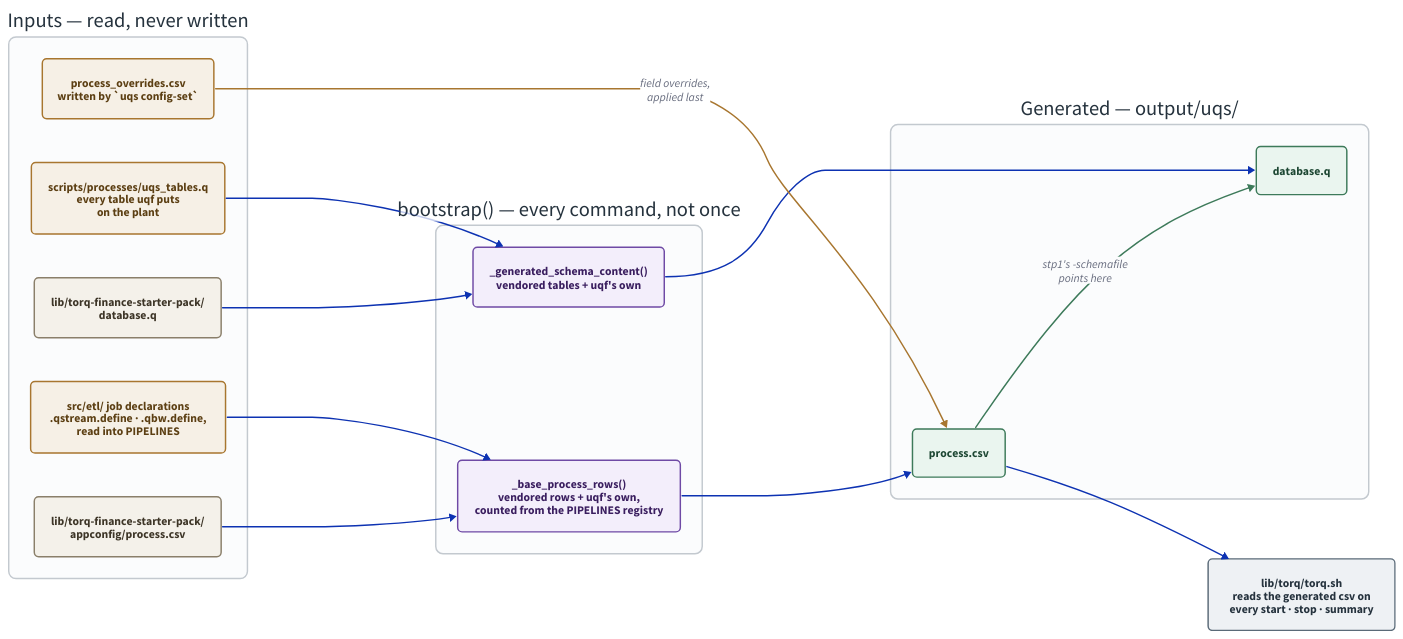
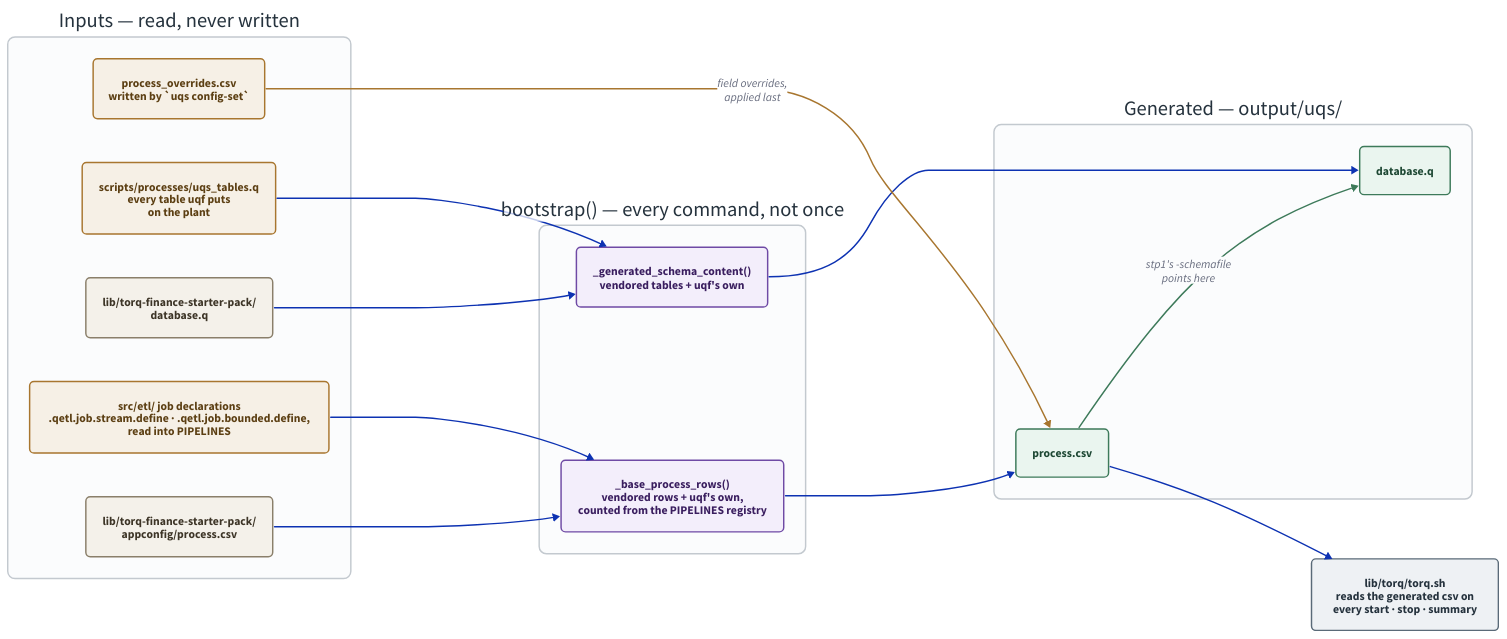
One commit to kwojdalski/uqf changed the diagram in docs/diagrams/config-generation.d2. Above: the diagram before and after it, drawn with D2. The commit also changed 234 other files, not shown here.

```diff
--- a/docs/diagrams/config-generation.d2
+++ b/docs/diagrams/config-generation.d2
@@ -1,128 +1,128 @@
 # config-generation.d2 - how the vendored TorQ config becomes the config the
 # stack actually runs on.
 #
 # Rendered by scripts/generate/render_diagrams.py, which CI runs with
 # --check. Embedded from docs/architecture/stack.md.
 #
 # THE RULE THIS DRAWS is H-01: the vendored trees are never written to. Read
 # the vendored file fresh, generate an extended copy, point the running
 # process at the copy. An edit to lib/ would work until the next upgrade and
 # then be silently lost, which is the failure the whole arrangement exists
 # to make impossible.
 #
 # The other thing worth seeing is that there is no setup step. bootstrap()
 # regenerates both outputs on EVERY command - start, stop, summary, all of
 # them - so the generated files are always a fresh function of the vendored
 # tree plus the three small tracked extension files. Nothing here is a state
 # you can get out of sync; the only way to change the output is to change an
 # input.
 
 direction: right
 
 vars: {
   d2-config: {
     pad: 40
   }
 }
 
 classes: {
   vendored: {
     style: {
       fill: "#f4f1ea"
       stroke: "#8a7f6a"
       font-color: "#3d3527"
       border-radius: 6
     }
   }
   tracked: {
     style: {
       fill: "#f6f0e6"
       stroke: "#a8762f"
       font-color: "#5c3f13"
       border-radius: 6
     }
   }
   step: {
     style: {
       fill: "#f3eefb"
       stroke: "#6f4aa5"
       font-color: "#3a1e5f"
       border-radius: 6
     }
   }
   generated: {
     style: {
       fill: "#eaf5ef"
       stroke: "#3d7a5a"
       font-color: "#1d4733"
       border-radius: 6
     }
   }
   consumer: {
     style: {
       fill: "#eef1f4"
       stroke: "#5a6a78"
       font-color: "#25323d"
       border-radius: 6
     }
   }
 }
 
 inputs: "Inputs — read, never written" {
   style: {
     fill: "#fbfcfd"
     stroke: "#c3c9cf"
     stroke-width: 2
     border-radius: 10
     font-color: "#25323d"
   }
 
   # Declared in the order they are consumed - the process.csv inputs, then
   # the database.q ones - so dagre keeps each group near the step it feeds.
   vendored_csv: "lib/torq-finance-starter-pack/\nappconfig/process.csv" { class: vendored }
-  declarations: "src/etl/ job declarations\n.qstream.define · .qbw.define,\nread into PIPELINES" { class: tracked }
+  declarations: "src/etl/ job declarations\n.qetl.job.stream.define · .qetl.job.bounded.define,\nread into PIPELINES" { class: tracked }
   overrides: "process_overrides.csv\nwritten by `uqs config-set`" { class: tracked }
   vendored_schema: "lib/torq-finance-starter-pack/\ndatabase.q" { class: vendored }
   tables: "scripts/processes/uqs_tables.q\nevery table uqf puts\non the plant" { class: tracked }
 }
 
 bootstrap: "bootstrap() — every command, not once" {
   style: {
     fill: "#fbfcfd"
     stroke: "#c3c9cf"
     stroke-width: 2
     border-radius: 10
     font-color: "#25323d"
   }
 
   rows: "_base_process_rows()\nvendored rows + uqf's own,\ncounted from the PIPELINES registry" { class: step }
   schema: "_generated_schema_content()\nvendored tables + uqf's own" { class: step }
 }
 
 outputs: "Generated — output/uqs/" {
   style: {
     fill: "#fbfcfd"
     stroke: "#c3c9cf"
     stroke-width: 2
     border-radius: 10
     font-color: "#25323d"
   }
 
   gen_csv: "process.csv" { class: generated }
   gen_schema: "database.q" { class: generated }
 
   gen_csv -> gen_schema: "stp1's -schemafile\npoints here" { style.stroke: "#3d7a5a" }
 }
 
 torqsh: "lib/torq/torq.sh\nreads the generated csv on\nevery start · stop · summary" { class: consumer }
 
 inputs.vendored_csv -> bootstrap.rows
 inputs.vendored_schema -> bootstrap.schema
 inputs.declarations -> bootstrap.rows
 inputs.tables -> bootstrap.schema
 
 bootstrap.rows -> outputs.gen_csv
 bootstrap.schema -> outputs.gen_schema
 inputs.overrides -> outputs.gen_csv: "field overrides,\napplied last" { style.stroke: "#a8762f" }
 
 outputs.gen_csv -> torqsh
```
